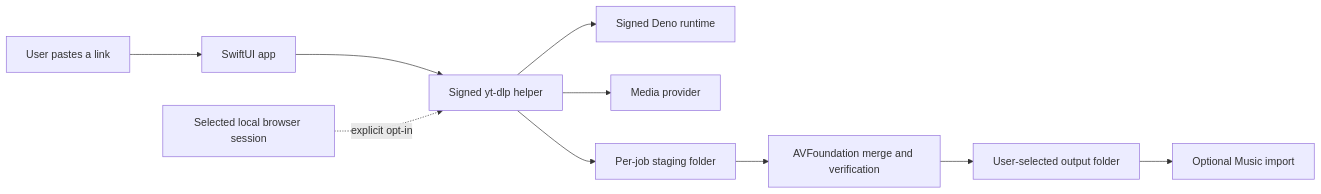
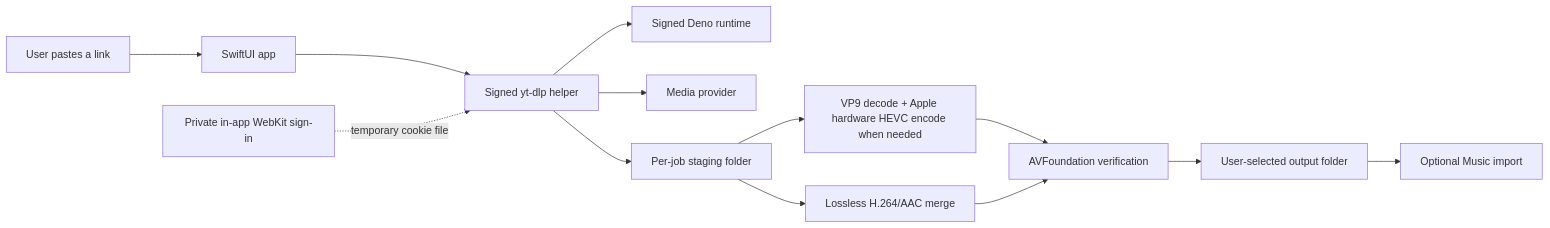
One commit to chai-in/Eucrante changed the diagram in Docs/ARCHITECTURE.md. Above: the diagram before and after it, drawn with Mermaid. The commit also changed other lines of this file and 30 other files, not shown here.

````diff
--- a/Docs/ARCHITECTURE.md
+++ b/Docs/ARCHITECTURE.md
@@ -7,12 +7,15 @@
 ```mermaid
 flowchart LR
   U["User pastes a link"] --> A["SwiftUI app"]
   A --> Y["Signed yt-dlp helper"]
   Y --> D["Signed Deno runtime"]
   Y --> P["Media provider"]
-  B["Selected local browser session"] -. "explicit opt-in" .-> Y
+  B["Private in-app WebKit sign-in"] -. "temporary cookie file" .-> Y
   Y --> S["Per-job staging folder"]
-  S --> V["AVFoundation merge and verification"]
-  V --> O["User-selected output folder"]
+  S --> C["VP9 decode + Apple hardware HEVC encode when needed"]
+  S --> V["Lossless H.264/AAC merge"]
+  C --> Q["AVFoundation verification"]
+  V --> Q
+  Q --> O["User-selected output folder"]
   O --> M["Optional Music import"]
 ```
````
